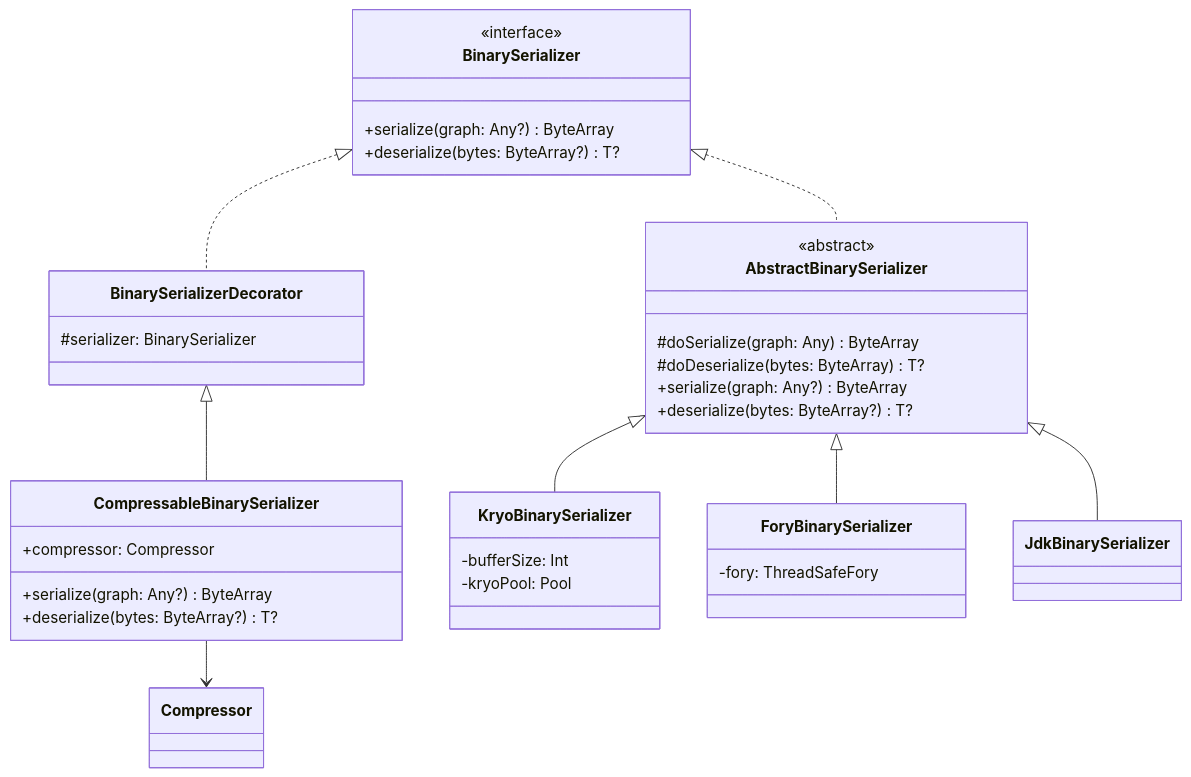
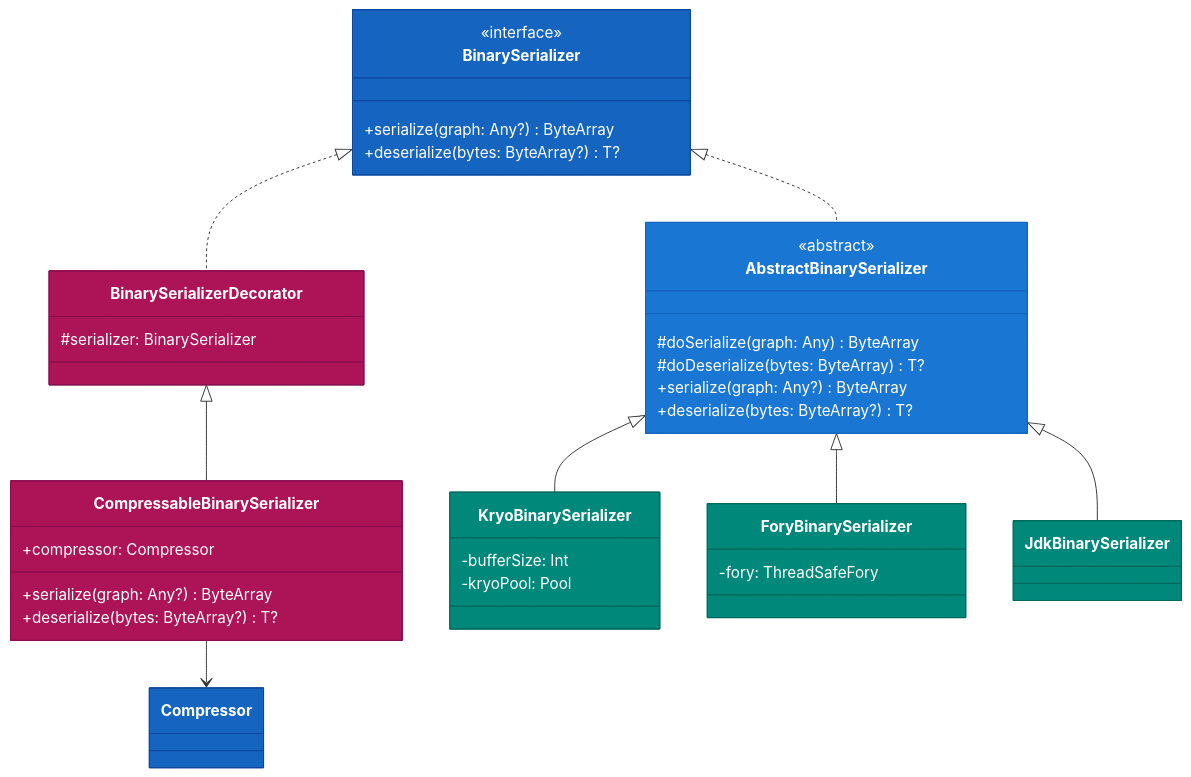
The second of 7 diagrams in io/io/README.md (bluetape4k/bluetape4k-projects), drawn with Mermaid before and after one commit. The commit also changed other lines of this file and 221 other files, not shown here.

First line of the commit message:
docs: 전체 모듈 README UML 다이어그램 보강 및 색상 업그레이드

````diff
--- a/io/io/README.md
+++ b/io/io/README.md
@@ -62,42 +79,51 @@
 ```mermaid
 classDiagram
     class BinarySerializer {
         <<interface>>
         +serialize(graph: Any?) ByteArray
         +deserialize(bytes: ByteArray?) T?
     }
 
     class AbstractBinarySerializer {
         <<abstract>>
         #doSerialize(graph: Any) ByteArray
         #doDeserialize(bytes: ByteArray) T?
         +serialize(graph: Any?) ByteArray
         +deserialize(bytes: ByteArray?) T?
     }
 
     class BinarySerializerDecorator {
         #serializer: BinarySerializer
     }
 
     class CompressableBinarySerializer {
         +compressor: Compressor
         +serialize(graph: Any?) ByteArray
         +deserialize(bytes: ByteArray?) T?
     }
 
     class KryoBinarySerializer {
         -bufferSize: Int
         -kryoPool: Pool
     }
     class ForyBinarySerializer {
         -fory: ThreadSafeFory
     }
 
     BinarySerializer <|.. AbstractBinarySerializer
     BinarySerializer <|.. BinarySerializerDecorator
     AbstractBinarySerializer <|-- JdkBinarySerializer
     AbstractBinarySerializer <|-- KryoBinarySerializer
     AbstractBinarySerializer <|-- ForyBinarySerializer
     BinarySerializerDecorator <|-- CompressableBinarySerializer
     CompressableBinarySerializer --> Compressor
+
+    style BinarySerializer fill:#1565C0,stroke:#0D47A1,color:#FFFFFF
+    style AbstractBinarySerializer fill:#1976D2,stroke:#1565C0,color:#FFFFFF
+    style BinarySerializerDecorator fill:#AD1457,stroke:#880E4F,color:#FFFFFF
+    style CompressableBinarySerializer fill:#AD1457,stroke:#880E4F,color:#FFFFFF
+    style JdkBinarySerializer fill:#00897B,stroke:#00695C,color:#FFFFFF
+    style KryoBinarySerializer fill:#00897B,stroke:#00695C,color:#FFFFFF
+    style ForyBinarySerializer fill:#00897B,stroke:#00695C,color:#FFFFFF
+    style Compressor fill:#1565C0,stroke:#0D47A1,color:#FFFFFF
 ```
````
